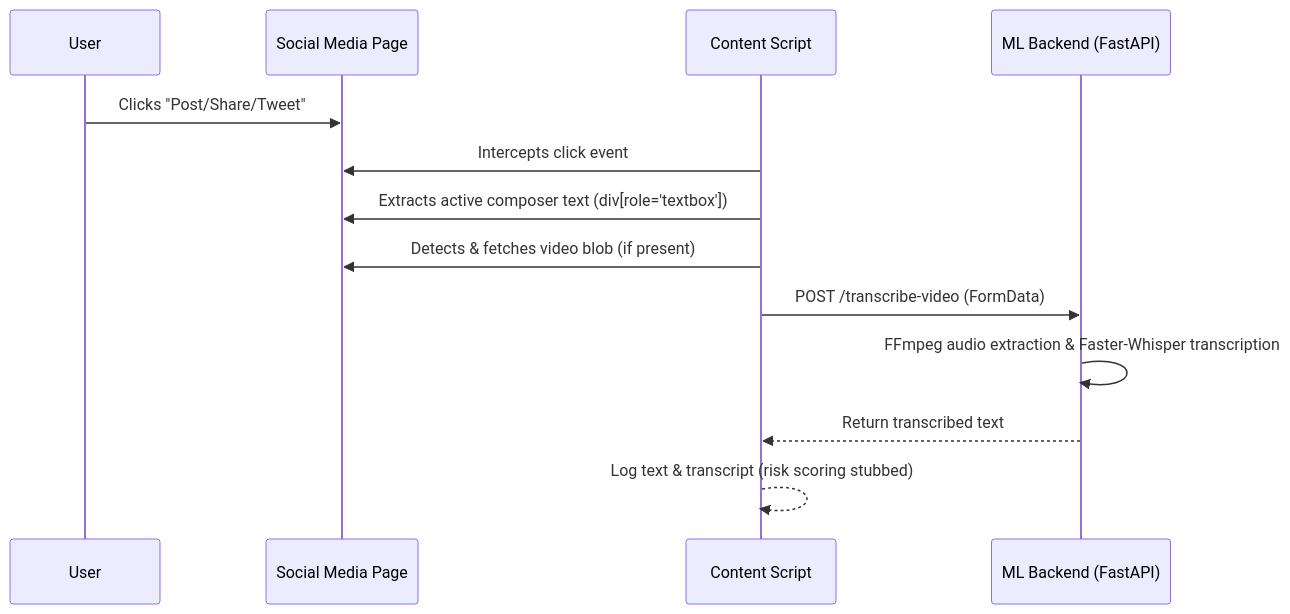
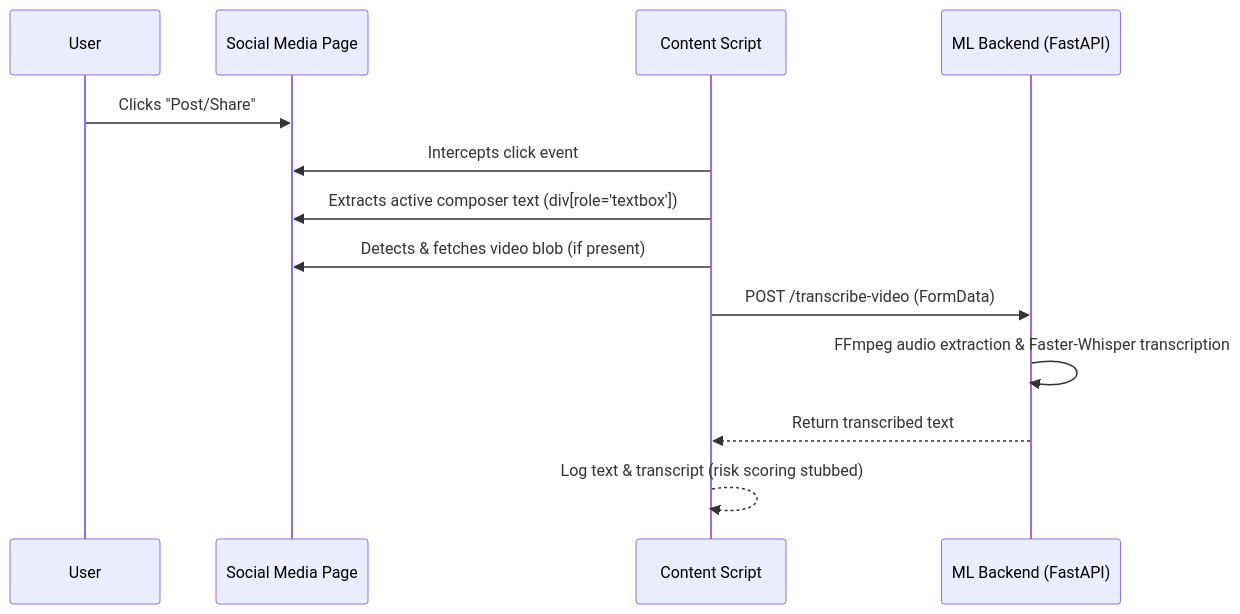
The third of 3 diagrams in README.md (Divyanshu7001/privAI), drawn with Mermaid before and after one commit. The commit also changed other lines of this file and 16 other files, not shown here.

````diff
--- a/README.md
+++ b/README.md
@@ -74,16 +80,16 @@
 ```mermaid
 sequenceDiagram
     participant User
     participant Social as Social Media Page
     participant Content as Content Script
     participant ML as ML Backend (FastAPI)
 
-    User->>Social: Clicks "Post/Share/Tweet"
+    User->>Social: Clicks "Post/Share"
     Content->>Social: Intercepts click event
     Content->>Social: Extracts active composer text (div[role='textbox'])
     Content->>Social: Detects & fetches video blob (if present)
     Content->>ML: POST /transcribe-video (FormData)
     ML->>ML: FFmpeg audio extraction & Faster-Whisper transcription
     ML-->>Content: Return transcribed text
     Content-->>Content: Log text & transcript (risk scoring stubbed)
 ```
````
